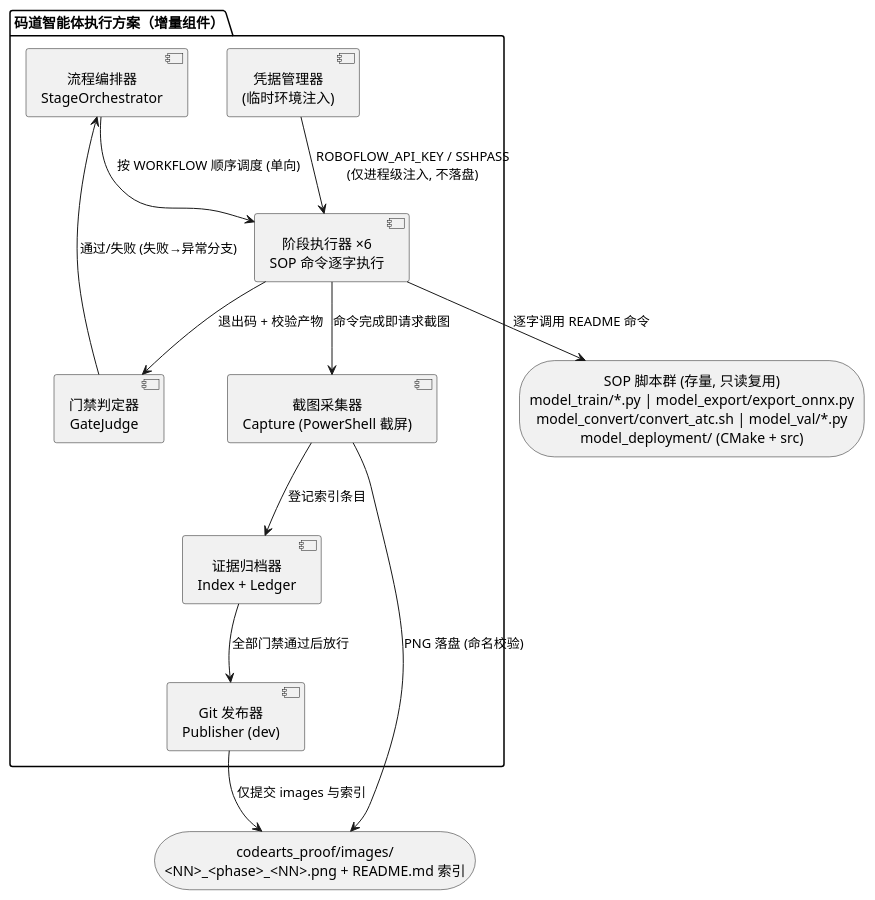
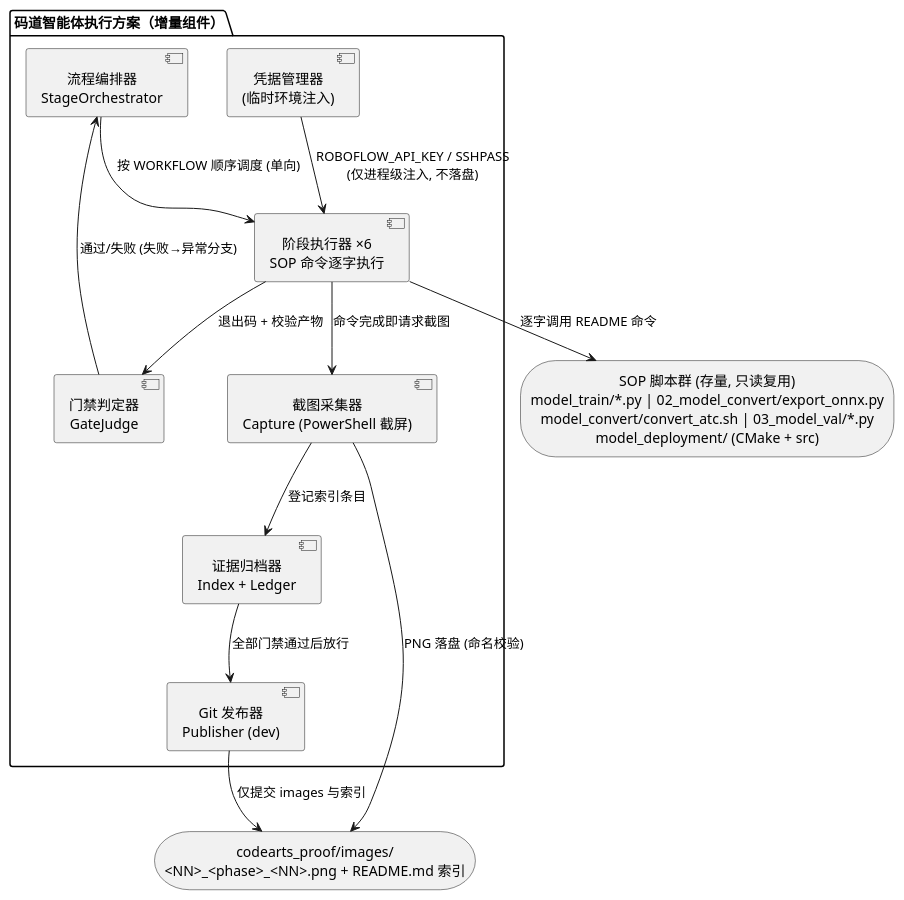
One commit to milo-ally-open/MicroVisSpec changed the second of 5 diagrams in codearts_proof/specs/classroom_rnd_proof/design.md. Above: the diagram before and after it, drawn with PlantUML. The commit also changed other lines of this file and 254 other files, not shown here.

````diff
--- a/codearts_proof/specs/classroom_rnd_proof/design.md
+++ b/codearts_proof/specs/classroom_rnd_proof/design.md
@@ -143,27 +143,27 @@
 ```plantuml
 @startuml
 skinparam defaultTextAlignment center
 package "码道智能体执行方案（增量组件）" {
   [流程编排器\nStageOrchestrator] as Orch
   [凭据管理器\n(临时环境注入)] as Cred
   [阶段执行器 ×6\nSOP 命令逐字执行] as Stages
   [门禁判定器\nGateJudge] as Gate
   [截图采集器\nCapture (PowerShell 截屏)] as Cap
   [证据归档器\nIndex + Ledger] as Evidence
   [Git 发布器\nPublisher (dev)] as Pub
 }
-storage "SOP 脚本群 (存量, 只读复用)\nmodel_train/*.py | model_export/export_onnx.py\nmodel_convert/convert_atc.sh | model_val/*.py\nmodel_deployment/ (CMake + src)" as Sop
+storage "SOP 脚本群 (存量, 只读复用)\nmodel_train/*.py | 02_model_convert/export_onnx.py\nmodel_convert/convert_atc.sh | 03_model_val/*.py\nmodel_deployment/ (CMake + src)" as Sop
 storage "codearts_proof/images/\n<NN>_<phase>_<NN>.png + README.md 索引" as Proof
 
 Orch --> Stages : 按 WORKFLOW 顺序调度 (单向)
 Stages --> Sop : 逐字调用 README 命令
 Stages --> Gate : 退出码 + 校验产物
 Gate --> Orch : 通过/失败 (失败→异常分支)
 Stages --> Cap : 命令完成即请求截图
 Cap --> Proof : PNG 落盘 (命名校验)
 Cap --> Evidence : 登记索引条目
 Cred --> Stages : ROBOFLOW_API_KEY / SSHPASS\n(仅进程级注入, 不落盘)
 Evidence --> Pub : 全部门禁通过后放行
 Pub --> Proof : 仅提交 images 与索引
 @enduml
 ```
````
